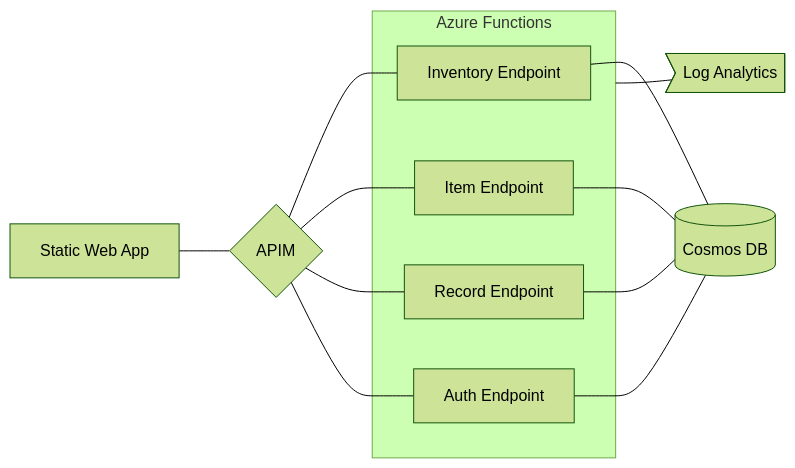
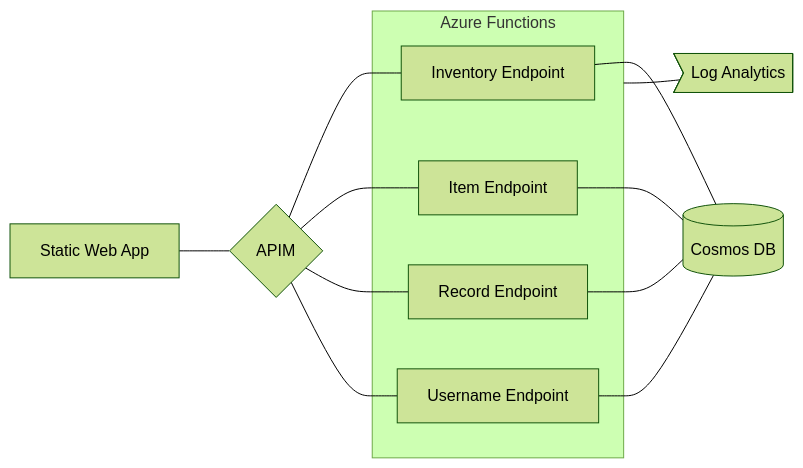
Before and after one commit to AndrewKorchemniy/Inventory-Management-System: the diagram in docs/cloud-schema.md, drawn with Mermaid (forest theme). The commit also changed other lines of this file and 2 other files, not shown here.

Commit message:
refactor documentation

````diff
--- a/docs/cloud-schema.md
+++ b/docs/cloud-schema.md
@@ -2,13 +2,13 @@
 ```mermaid
 graph LR;
     frontend[Static Web App] --- apim{APIM}
-    apim --- api_inventory & api_item & api_record & api_auth
+    apim --- api_inventory & api_item & api_record & api_username
     subgraph functions[Azure Functions]
         api_inventory[Inventory Endpoint]
         api_item[Item Endpoint]
         api_record[Record Endpoint]
-        api_auth[Auth Endpoint]
+        api_username[Username Endpoint]
     end
-    api_inventory & api_item & api_record & api_auth --- cosmosdb[(Cosmos DB)]
+    api_inventory & api_item & api_record & api_username --- cosmosdb[(Cosmos DB)]
     functions ---  logs>Log Analytics]
 ```
````
